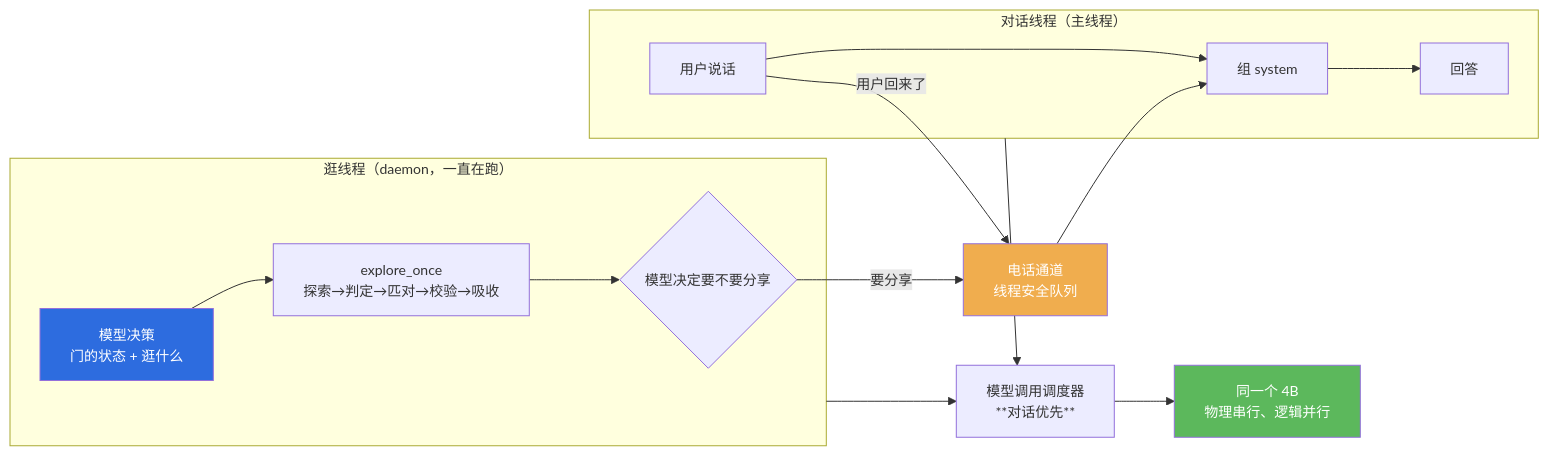
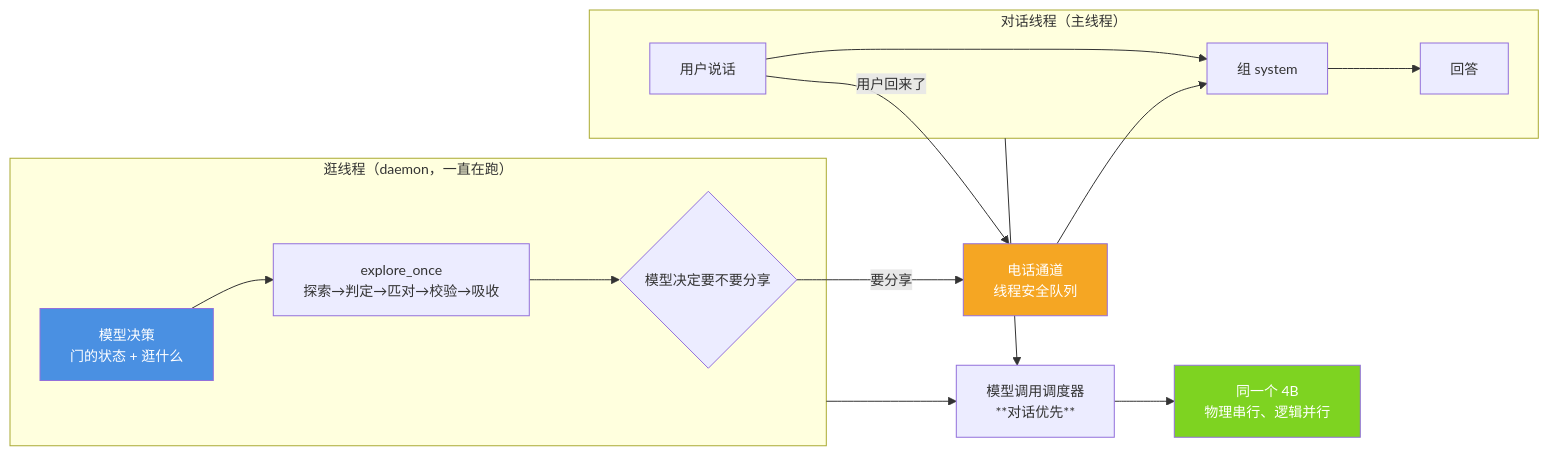
One commit to jiangchuangege/xiaojiao-harnees changed the diagram in docs/world-living.md. Above: the diagram before and after it, drawn with Mermaid. The commit also changed 32 other files, not shown here.

Commit message:
统一：全仓原理图配色到一套调色板 + 给 12 张灰图补色 + 修正自己会睡那张过期图

````diff
--- a/docs/world-living.md
+++ b/docs/world-living.md
@@ -56,22 +56,22 @@
 ```mermaid
 %%{init: {"themeVariables": {"fontSize": "14px"}, "flowchart": {"htmlLabels": true, "wrappingWidth": 340, "nodeSpacing": 46, "rankSpacing": 60, "useMaxWidth": true}}}%%
 flowchart LR
     subgraph B["逛线程（daemon，一直在跑）"]
         D["模型决策<br/>门的状态 + 逛什么"] --> E["explore_once<br/>探索→判定→匹对→校验→吸收"]
         E --> S{"模型决定要不要分享"}
     end
     subgraph C["对话线程（主线程）"]
         U["用户说话"] --> R["组 system"]
         R --> A["回答"]
     end
     S -->|"要分享"| CH["电话通道<br/>线程安全队列"]
     CH --> R
     U -->|"用户回来了"| CH
     B --> M["模型调用调度器<br/>**对话优先**"]
     C --> M
     M --> L["同一个 4B<br/>物理串行、逻辑并行"]
 
-    style D fill:#2d6cdf,color:#fff
-    style CH fill:#f0ad4e,color:#fff
-    style L fill:#5cb85c,color:#fff
+    style D fill:#4A90E2,color:#fff
+    style CH fill:#F5A623,color:#fff
+    style L fill:#7ED321,color:#fff
 ```
````
